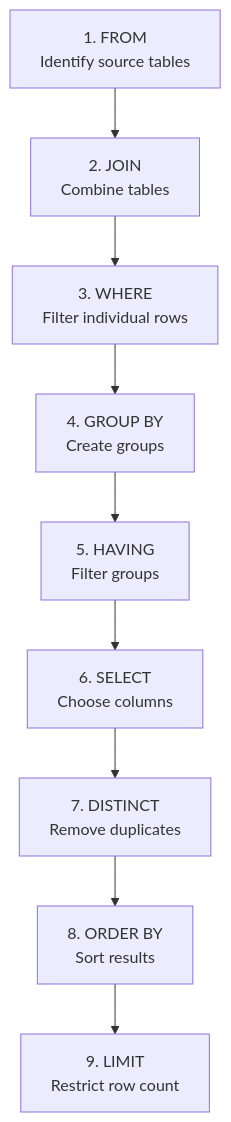
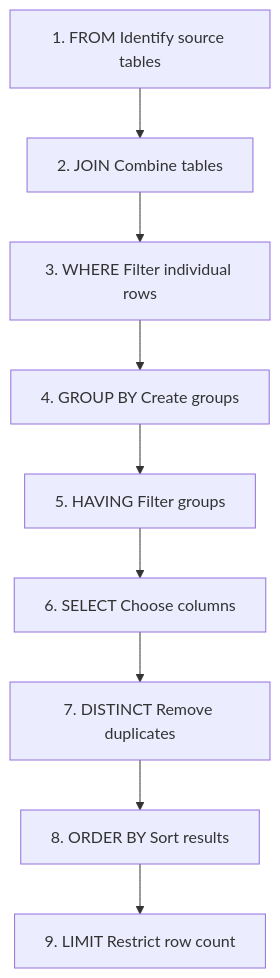
Before and after one commit to pentoshi007/prep: diagram 16 of 16 in SQL/readmeClV1.md, drawn with Mermaid. The commit also changed other lines of this file and 1 other file, not shown here.

````diff
--- a/SQL/readmeClV1.md
+++ b/SQL/readmeClV1.md
@@ -1989,14 +1989,14 @@
 ```mermaid
 flowchart TD
-    FROM["1. FROM\nIdentify source tables"]
-    JOIN["2. JOIN\nCombine tables"]
-    WHERE["3. WHERE\nFilter individual rows"]
-    GROUPBY["4. GROUP BY\nCreate groups"]
-    HAVING["5. HAVING\nFilter groups"]
-    SELECT["6. SELECT\nChoose columns"]
-    DISTINCT["7. DISTINCT\nRemove duplicates"]
-    ORDERBY["8. ORDER BY\nSort results"]
-    LIMIT["9. LIMIT\nRestrict row count"]
+    FROM["1. FROM Identify source tables"]
+    JOIN["2. JOIN Combine tables"]
+    WHERE["3. WHERE Filter individual rows"]
+    GROUPBY["4. GROUP BY Create groups"]
+    HAVING["5. HAVING Filter groups"]
+    SELECT["6. SELECT Choose columns"]
+    DISTINCT["7. DISTINCT Remove duplicates"]
+    ORDERBY["8. ORDER BY Sort results"]
+    LIMIT["9. LIMIT Restrict row count"]
 
     FROM --> JOIN --> WHERE --> GROUPBY --> HAVING --> SELECT --> DISTINCT --> ORDERBY --> LIMIT
 ```
````
